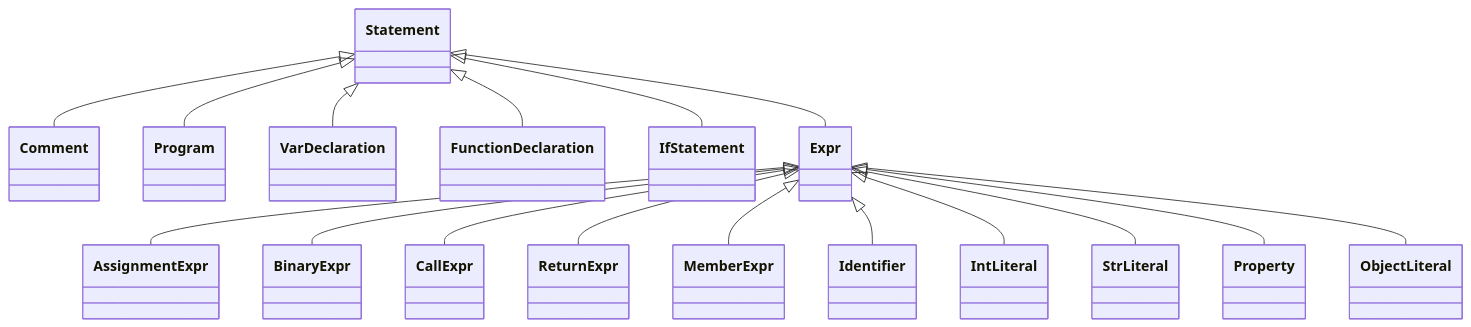
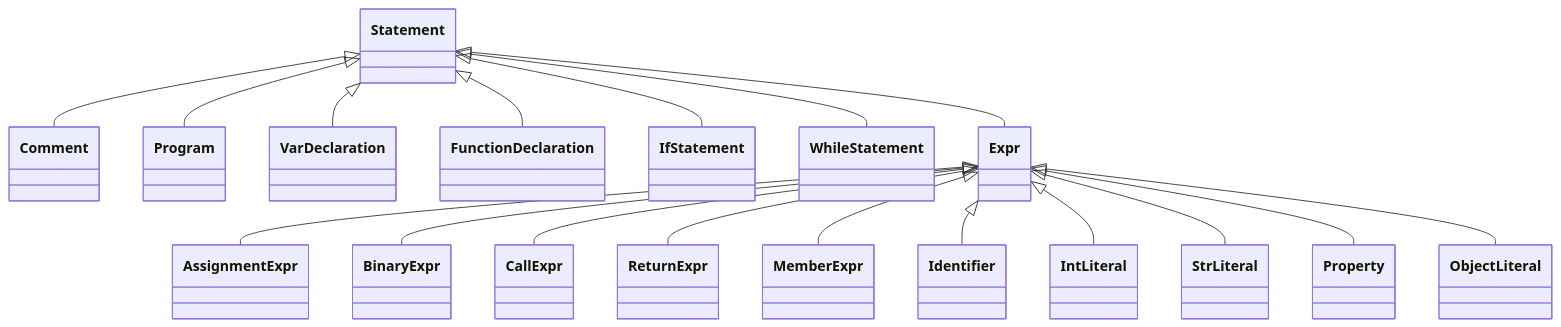
The diagram in doc/AST.md (MasterZydra/ScriLa), drawn with Mermaid before and after one commit. The commit also changed 1 other file, not shown here.

Commit message:
AST and Parser doc: Add WhileStatement

````diff
--- a/doc/AST.md
+++ b/doc/AST.md
@@ -3,19 +3,20 @@
 ```mermaid
 classDiagram
   Statement <|-- Comment
   Statement <|-- Program
   Statement <|-- VarDeclaration
   Statement <|-- FunctionDeclaration
   Statement <|-- IfStatement
+  Statement <|-- WhileStatement
   Statement <|-- Expr
   Expr <|-- AssignmentExpr
   Expr <|-- BinaryExpr
   Expr <|-- CallExpr
   Expr <|-- ReturnExpr
   Expr <|-- MemberExpr
   Expr <|-- Identifier
   Expr <|-- IntLiteral
   Expr <|-- StrLiteral
   Expr <|-- Property
   Expr <|-- ObjectLiteral
 ```
````
